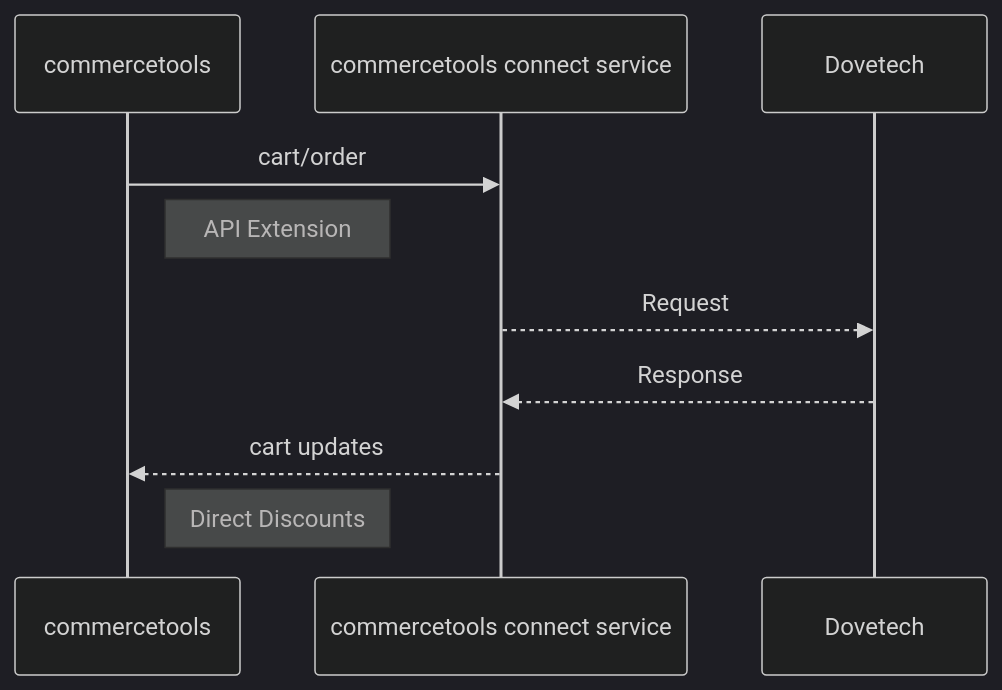
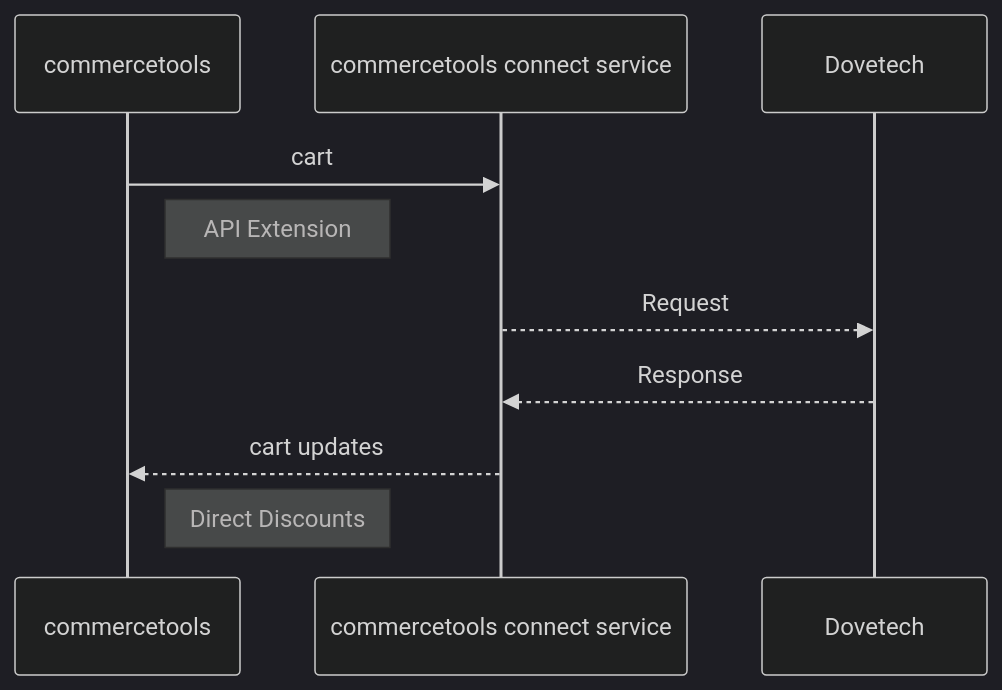
Before and after one commit to dove-technology/commercetools-campaigns-connector: the diagram in README.md, drawn with Mermaid (dark theme).

Commit message:
Remove order

````diff
--- a/README.md
+++ b/README.md
@@ -88,12 +88,12 @@
 ```mermaid
 sequenceDiagram
     participant ct as commercetools
     participant conn as commercetools connect service
     participant dt as Dovetech
-ct->>conn: cart/order
+ct->>conn: cart
 Note right of ct: API Extension
 conn-->>dt: Request
 dt-->>conn: Response
 conn-->>ct: cart updates
 Note right of ct: Direct Discounts
 ```
````
